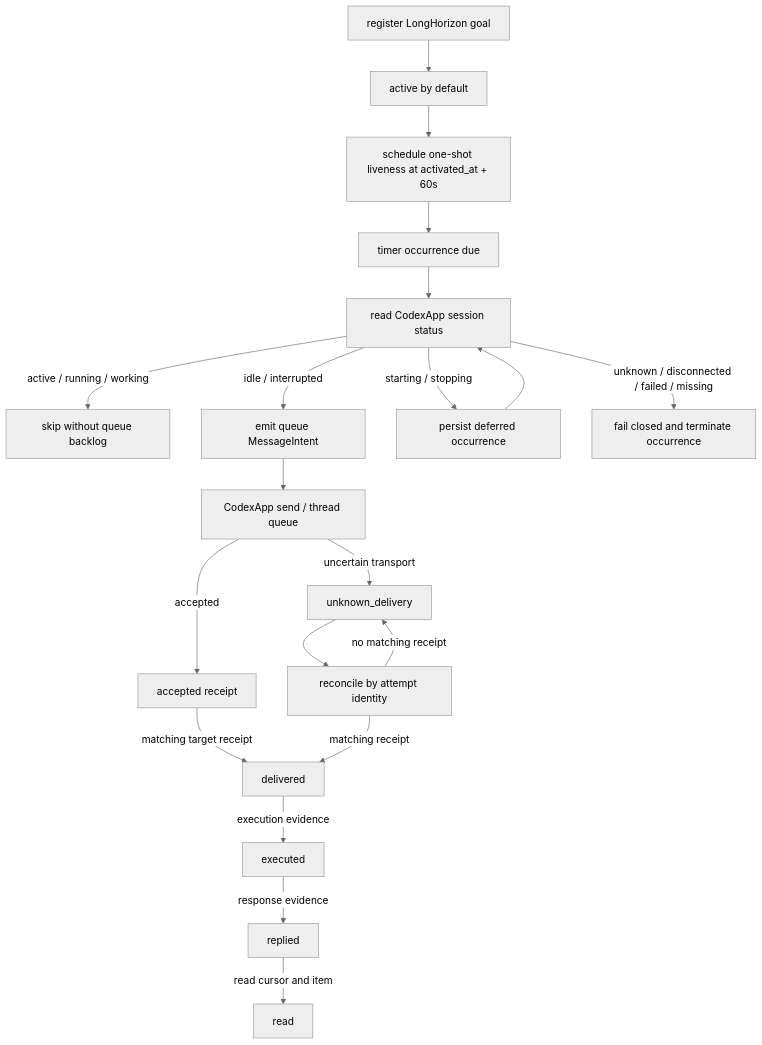
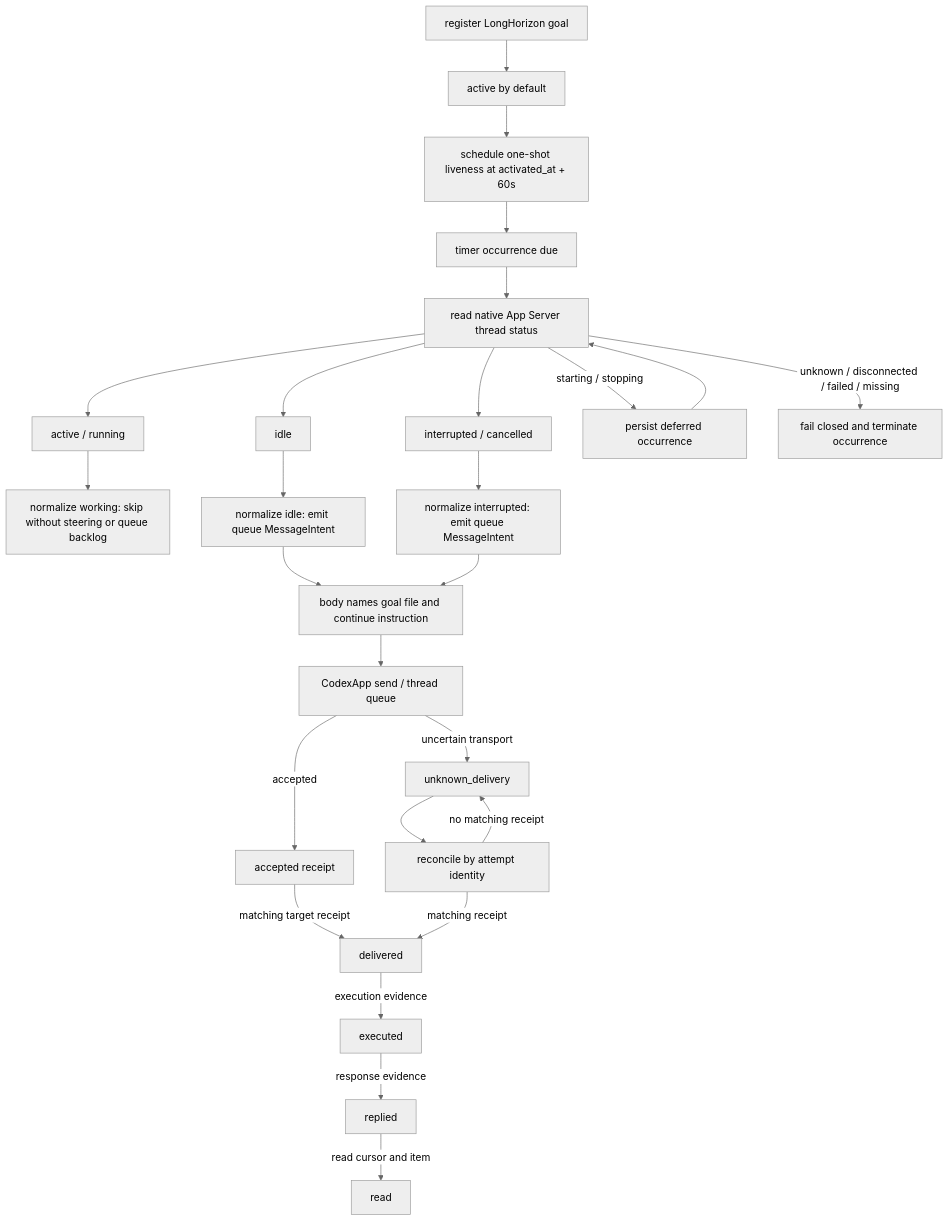
Before and after one commit to Jasonzhangf/codex-hooks: the diagram in docs/design/rccs-notification-dag.md, drawn with Mermaid (neutral theme). The commit also changed other lines of this file and 4 other files, not shown here.

````diff
--- a/docs/design/rccs-notification-dag.md
+++ b/docs/design/rccs-notification-dag.md
@@ -25,22 +32,28 @@
 ```mermaid
 flowchart TD
   A["register LongHorizon goal"] --> B["active by default"]
   B --> C["schedule one-shot liveness at activated_at + 60s"]
   C --> D["timer occurrence due"]
-  D --> E["read CodexApp session status"]
-  E -->|active / running / working| F["skip without queue backlog"]
-  E -->|idle / interrupted| G["emit queue MessageIntent"]
-  E -->|starting / stopping| H["persist deferred occurrence"]
-  H --> E
+  D --> E["read native App Server thread status"]
+  E --> E1["active / running"]
+  E --> E2["idle"]
+  E --> E3["interrupted / cancelled"]
+  E1 --> F["normalize working: skip without steering or queue backlog"]
+  E2 --> G["normalize idle: emit queue MessageIntent"]
+  E3 --> G2["normalize interrupted: emit queue MessageIntent"]
+  G --> H["body names goal file and continue instruction"]
+  G2 --> H
+  E -->|starting / stopping| H1["persist deferred occurrence"]
+  H1 --> E
   E -->|unknown / disconnected / failed / missing| I["fail closed and terminate occurrence"]
-  G --> J["CodexApp send / thread queue"]
+  H --> J["CodexApp send / thread queue"]
   J -->|accepted| K["accepted receipt"]
   K -->|matching target receipt| L["delivered"]
   L -->|execution evidence| M["executed"]
   M -->|response evidence| N["replied"]
   N -->|read cursor and item| O["read"]
   J -->|uncertain transport| P["unknown_delivery"]
   P --> Q["reconcile by attempt identity"]
   Q -->|matching receipt| L
   Q -->|no matching receipt| P
 ```
````
